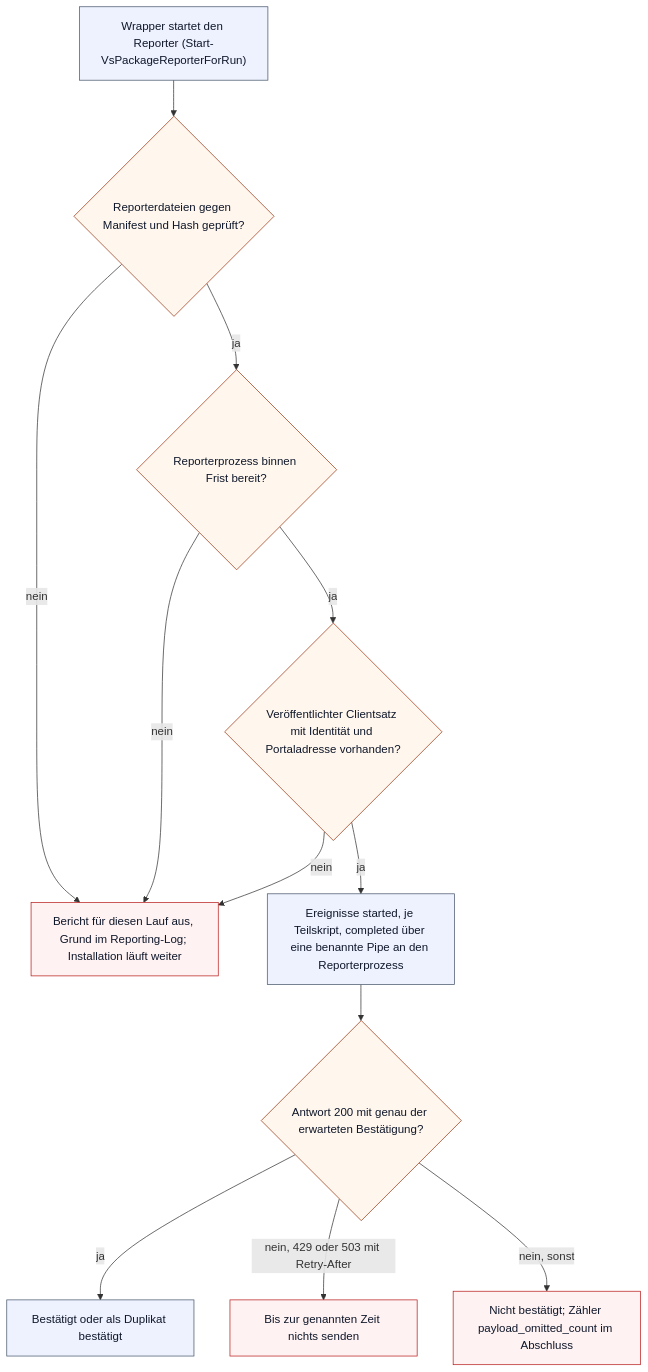
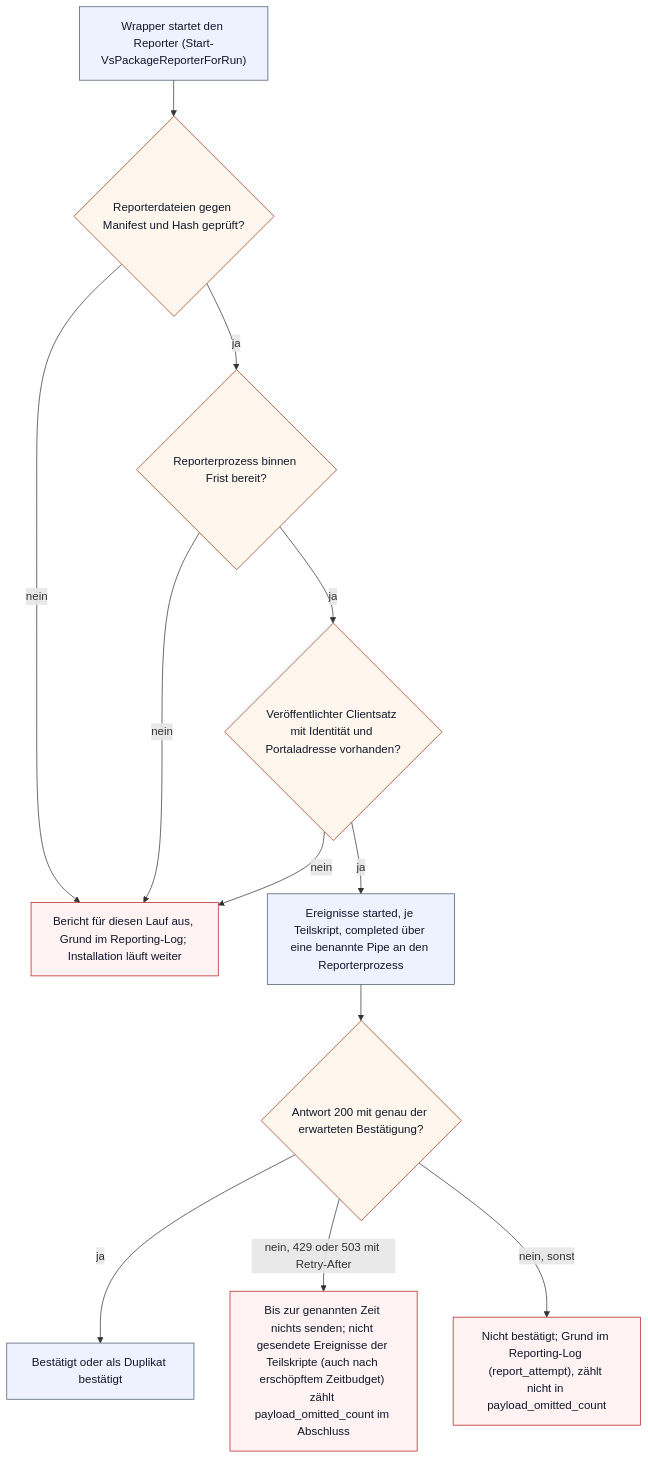
One commit to Samy94M/VirtuSphere-v2-WebApp changed the seventh of 7 diagrams in docs/operations/client-flows.md. Above: the diagram before and after it, drawn with Mermaid. The commit also changed other lines of this file and 12 other files, not shown here.

First line of the commit message:
TS1-K1: align operations docs and diagrams with the code after the text audit

````diff
--- a/docs/operations/client-flows.md
+++ b/docs/operations/client-flows.md
@@ -194,20 +194,20 @@
 ```mermaid
 flowchart TD
     start["Wrapper startet den Reporter (Start-VsPackageReporterForRun)"] --> bundle{"Reporterdateien gegen Manifest und Hash geprüft?"}
     bundle -->|nein| off["Bericht für diesen Lauf aus, Grund im Reporting-Log; Installation läuft weiter"]
     bundle -->|ja| host{"Reporterprozess binnen Frist bereit?"}
     host -->|nein| off
     host -->|ja| identity{"Veröffentlichter Clientsatz mit Identität und Portaladresse vorhanden?"}
     identity -->|nein| off
     identity -->|ja| send["Ereignisse started, je Teilskript, completed über eine benannte Pipe an den Reporterprozess"]
     send --> http{"Antwort 200 mit genau der erwarteten Bestätigung?"}
     http -->|ja| confirmed["Bestätigt oder als Duplikat bestätigt"]
-    http -->|nein, 429 oder 503 mit Retry-After| back["Bis zur genannten Zeit nichts senden"]
-    http -->|nein, sonst| lost["Nicht bestätigt; Zähler payload_omitted_count im Abschluss"]
+    http -->|nein, 429 oder 503 mit Retry-After| back["Bis zur genannten Zeit nichts senden; nicht gesendete Ereignisse der Teilskripte (auch nach erschöpftem Zeitbudget) zählt payload_omitted_count im Abschluss"]
+    http -->|nein, sonst| lost["Nicht bestätigt; Grund im Reporting-Log (report_attempt), zählt nicht in payload_omitted_count"]
     classDef step fill:#eef2ff,stroke:#475569,color:#0f172a;
     classDef decision fill:#fff7ed,stroke:#9a3412,color:#0f172a;
     classDef blocked fill:#fef2f2,stroke:#b91c1c,color:#0f172a;
     class start,send,confirmed step;
     class bundle,host,identity,http decision;
     class off,back,lost blocked;
 ```
````
